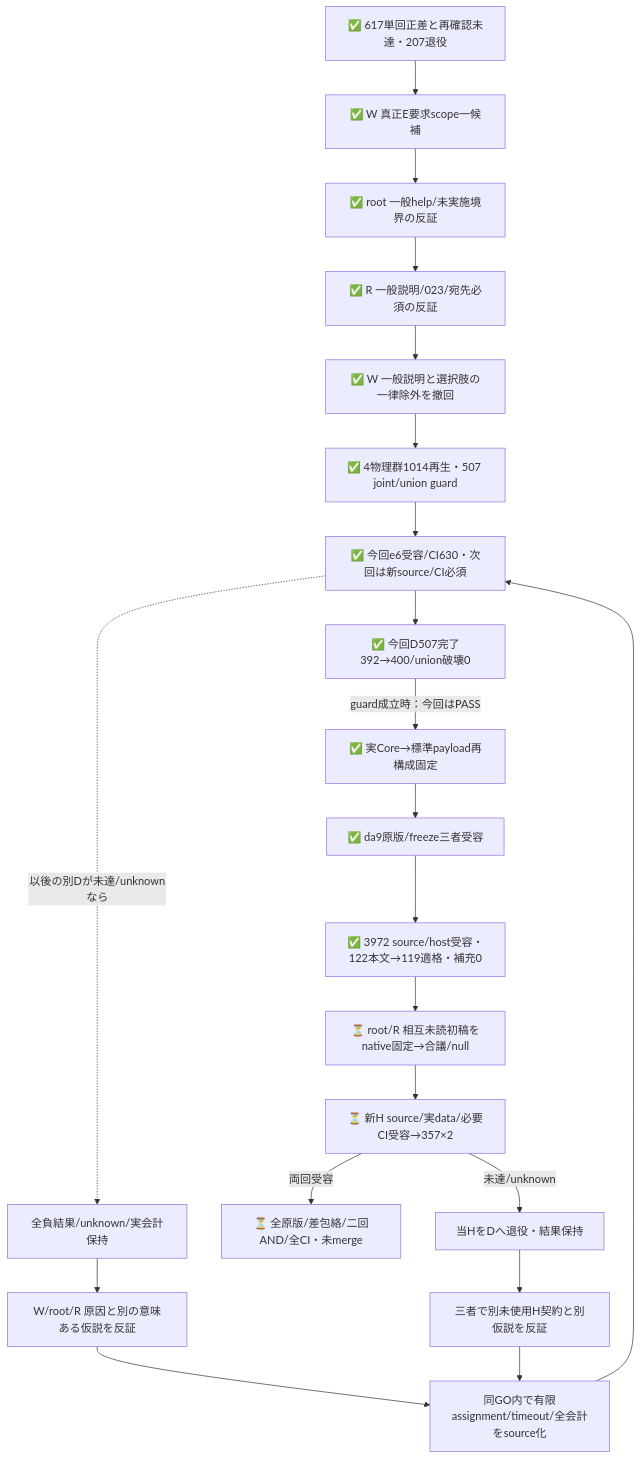
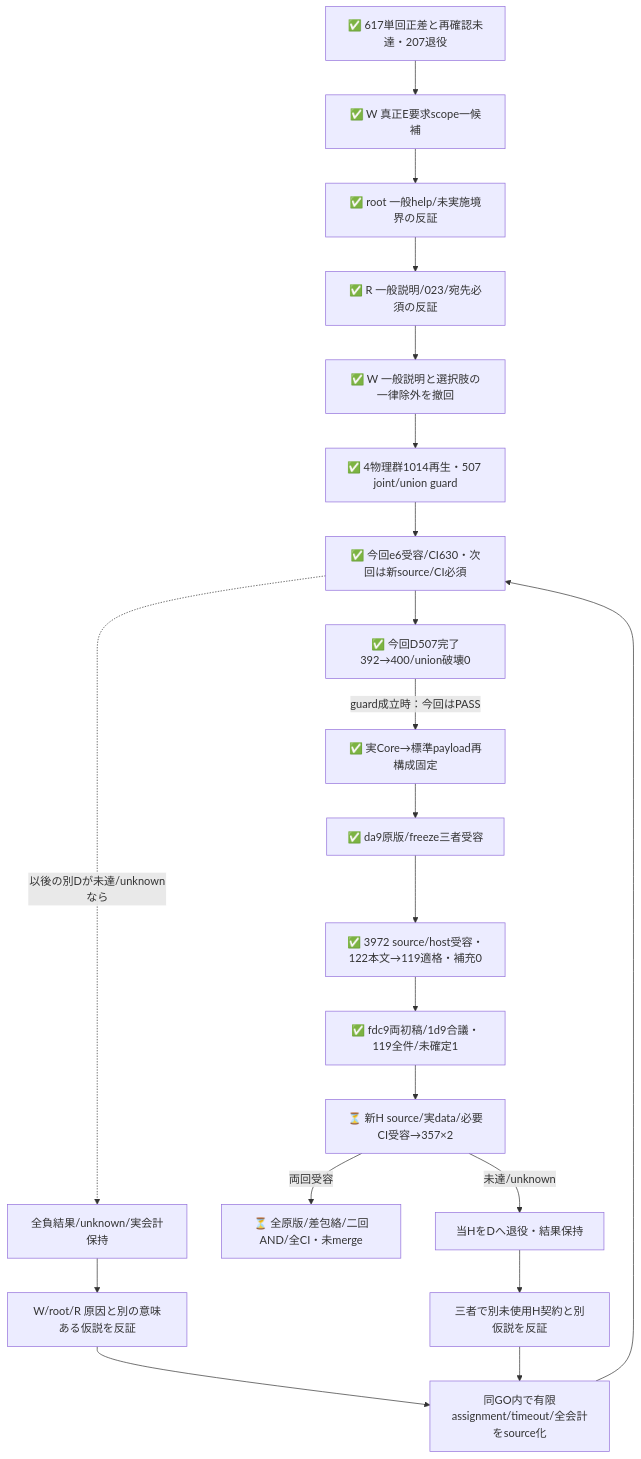
The diagram in experiments/sys1-eval-loop/expectation/README.md (roccho-org/ops), drawn with Mermaid before and after one commit. The commit also changed other lines of this file and 11 other files, not shown here.

````diff
--- a/experiments/sys1-eval-loop/expectation/README.md
+++ b/experiments/sys1-eval-loop/expectation/README.md
@@ -33,23 +33,23 @@
 ```mermaid
 flowchart TB
   OLD[✅ 617単回正差と再確認未達・207退役] --> CLAIM[✅ W 真正E要求scope一候補]
   CLAIM --> ROOT[✅ root 一般help/未実施境界の反証]
   ROOT --> R[✅ R 一般説明/023/宛先必須の反証]
   R --> REVISE[✅ W 一般説明と選択肢の一律除外を撤回]
   REVISE --> PURE[✅ 4物理群1014再生・507 joint/union guard]
   PURE --> ENTRY[✅ 今回e6受容/CI630・次回は新source/CI必須]
   ENTRY --> D[✅ 今回D507完了392→400/union破壊0]
   D -->|guard成立時：今回はPASS| FREEZE[✅ 実Core→標準payload再構成固定]
   FREEZE --> REVIEW[✅ da9原版/freeze三者受容]
   REVIEW --> BODY[✅ 3972 source/host受容・122本文→119適格・補充0]
-  BODY --> GOLD[⏳ root/R 相互未読初稿をnative固定→合議/null]
+  BODY --> GOLD[✅ fdc9両初稿/1d9合議・119全件/未確定1]
   GOLD --> H[⏳ 新H source/実data/必要CI受容→357×2]
   ENTRY -. 以後の別Dが未達/unknownなら .-> KEEP[全負結果/unknown/実会計保持]
   KEEP --> COUNTER[W/root/R 原因と別の意味ある仮説を反証]
   COUNTER --> CONTRACT[同GO内で有限assignment/timeout/全会計をsource化]
   CONTRACT --> ENTRY
   H -->|両回受容| END[⏳ 全原版/差包絡/二回AND/全CI・未merge]
   H -->|未達/unknown| RETIRE[当HをDへ退役・結果保持]
   RETIRE --> NEW[三者で別未使用H契約と別仮説を反証]
   NEW --> CONTRACT
 ```
````
